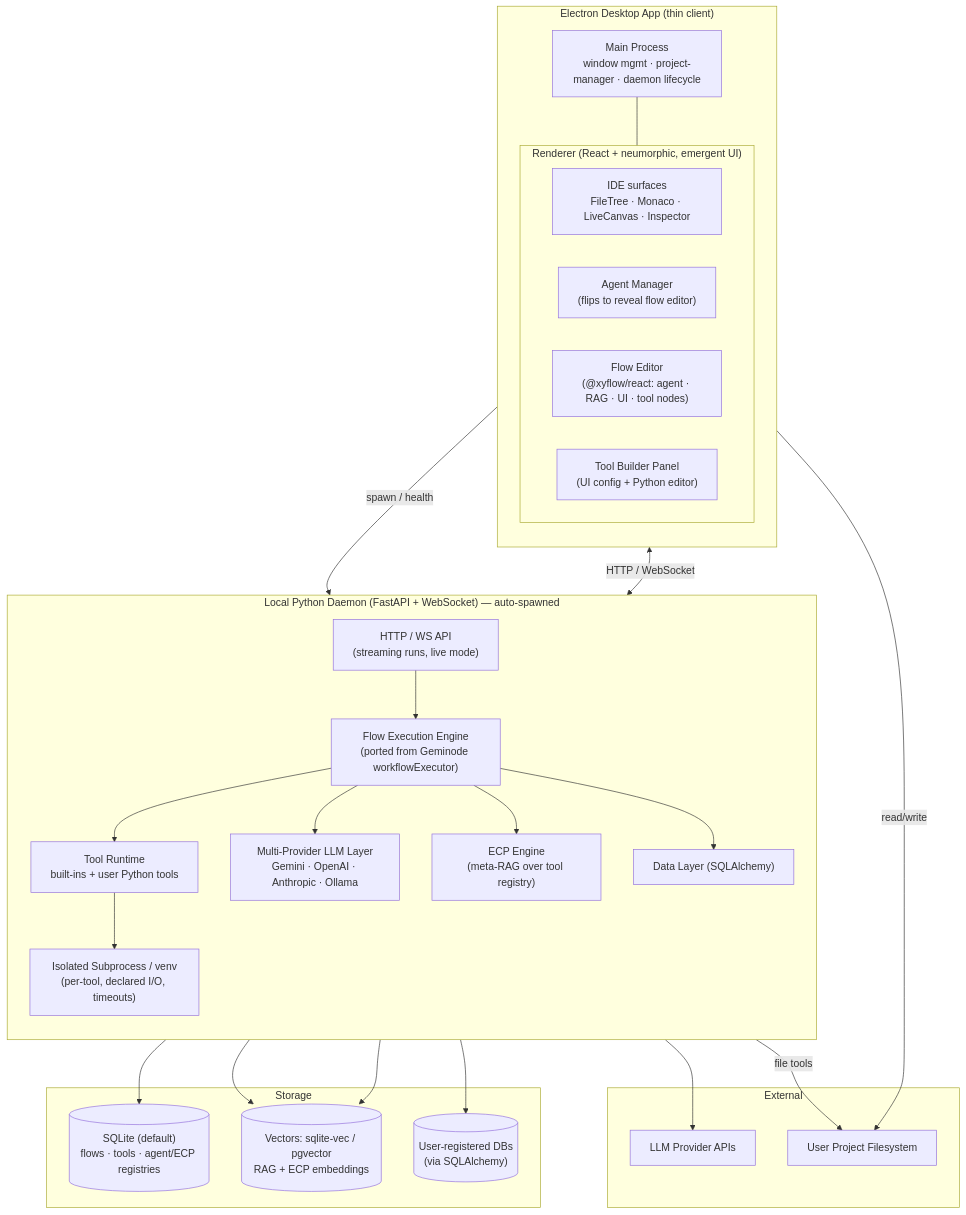
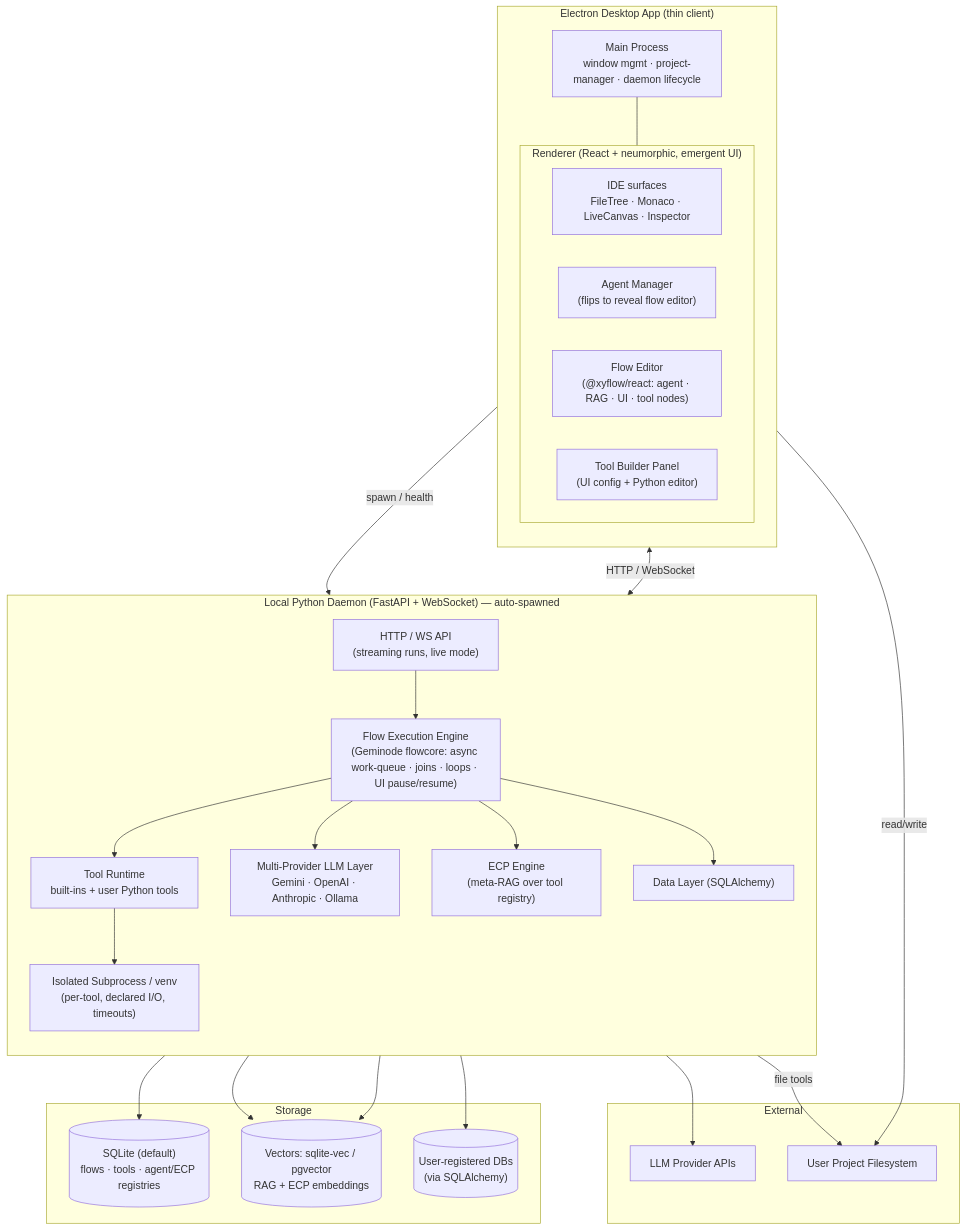
The first of 2 diagrams in PROJECT_VISION.md (bloomresearch/TaprootStudio), drawn with Mermaid before and after one commit. The commit also changed other lines of this file and 1 other file, not shown here.

Commit message:
docs: deepen vision — workspace/nav model, orchestrator, Project Board, flowcore engine reality

````diff
--- a/PROJECT_VISION.md
+++ b/PROJECT_VISION.md
@@ -105,52 +238,52 @@
 ```mermaid
 flowchart TB
     subgraph Electron["Electron Desktop App (thin client)"]
         direction TB
         Main["Main Process<br/>window mgmt · project-manager · daemon lifecycle"]
         subgraph Renderer["Renderer (React + neumorphic, emergent UI)"]
             IDE["IDE surfaces<br/>FileTree · Monaco · LiveCanvas · Inspector"]
             AM["Agent Manager<br/>(flips to reveal flow editor)"]
             FE["Flow Editor<br/>(@xyflow/react: agent · RAG · UI · tool nodes)"]
             TB["Tool Builder Panel<br/>(UI config + Python editor)"]
         end
         Main --- Renderer
     end
 
     subgraph Daemon["Local Python Daemon (FastAPI + WebSocket) — auto-spawned"]
         direction TB
         API["HTTP / WS API<br/>(streaming runs, live mode)"]
-        FX["Flow Execution Engine<br/>(ported from Geminode workflowExecutor)"]
+        FX["Flow Execution Engine<br/>(Geminode flowcore: async work-queue · joins · loops · UI pause/resume)"]
         LLM["Multi-Provider LLM Layer<br/>Gemini · OpenAI · Anthropic · Ollama"]
         ECP["ECP Engine<br/>(meta-RAG over tool registry)"]
         TR["Tool Runtime<br/>built-ins + user Python tools"]
         SBX["Isolated Subprocess / venv<br/>(per-tool, declared I/O, timeouts)"]
         DATA["Data Layer (SQLAlchemy)"]
         TR --> SBX
     end
 
     subgraph Storage["Storage"]
         SQL[("SQLite (default)<br/>flows · tools · agent/ECP registries")]
         VEC[("Vectors: sqlite-vec / pgvector<br/>RAG + ECP embeddings")]
         USERDB[("User-registered DBs<br/>(via SQLAlchemy)")]
     end
 
     subgraph External["External"]
         PROV["LLM Provider APIs"]
         FS["User Project Filesystem"]
     end
 
     Renderer <-->|"HTTP / WebSocket"| API
     Main -->|spawn / health| API
     API --> FX
     FX --> LLM
     FX --> ECP
     FX --> TR
     LLM --> PROV
     ECP --> VEC
     DATA --> SQL
     DATA --> VEC
     DATA --> USERDB
     FX --> DATA
     Main -->|read/write| FS
     TR -->|file tools| FS
 ```
````
